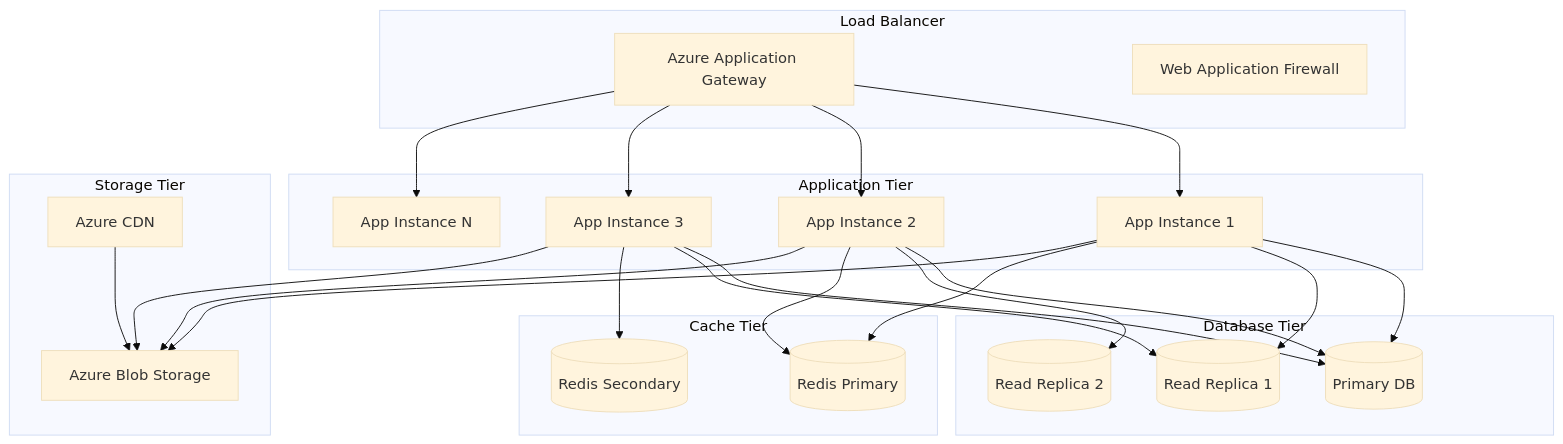
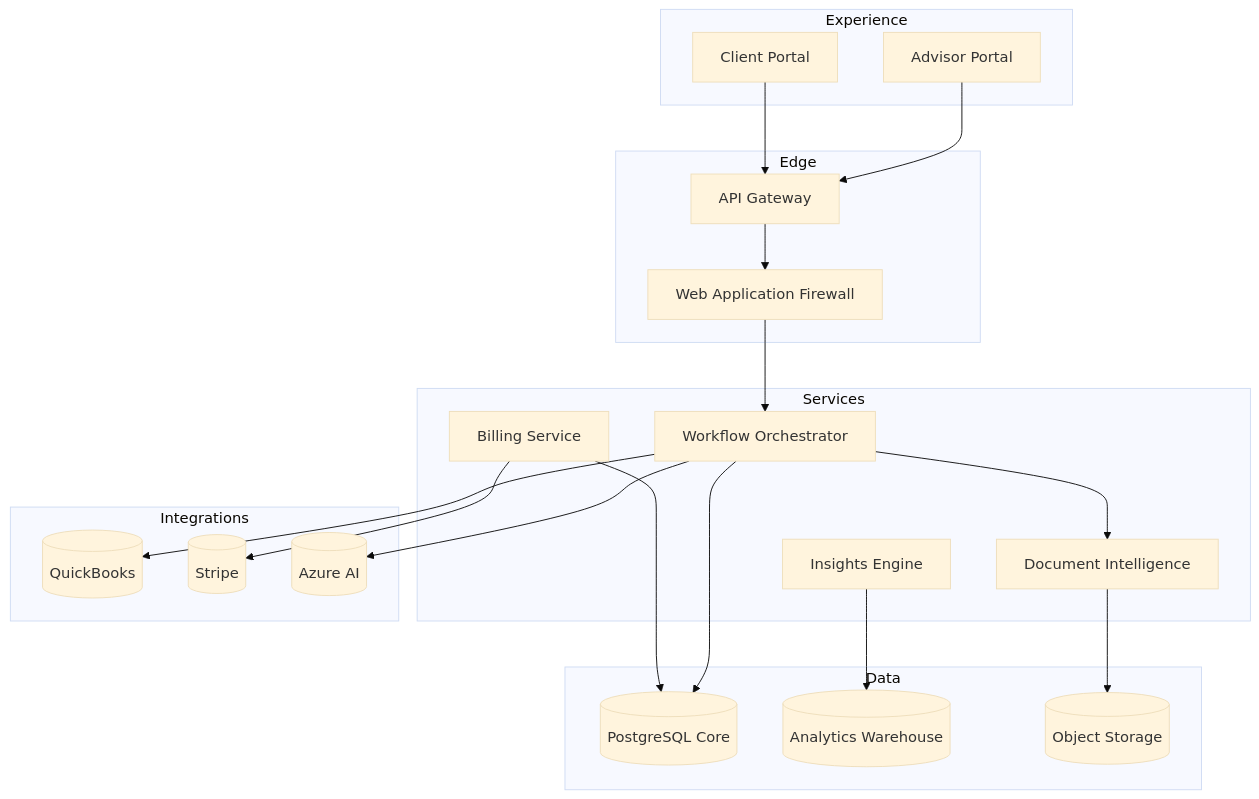
Before and after one commit to markus41/AdvisorOS: the diagram in docs/ARCHITECTURE.md, drawn with Mermaid (base theme). The commit also changed other lines of this file and 5 other files, not shown here.

Commit message:
Refine AdvisorOS core documentation with elevated template

````diff
--- a/docs/ARCHITECTURE.md
+++ b/docs/ARCHITECTURE.md
@@ -1159,50 +51,40 @@
 ```mermaid
-graph TB
-    subgraph "Load Balancer"
-        LB[Azure Application Gateway]
-        WAF[Web Application Firewall]
-    end
+graph TD
+  subgraph Experience
+    Portal[Advisor Portal]
+    ClientApp[Client Portal]
+  end
+  subgraph Edge
+    Gateway[API Gateway]
+    WAF[Web Application Firewall]
+  end
+  subgraph Services
+    Workflow[Workflow Orchestrator]
+    Billing[Billing Service]
+    Docs[Document Intelligence]
+    Insights[Insights Engine]
+  end
+  subgraph Data
+    CoreDB[(PostgreSQL Core)]
+    Analytics[(Analytics Warehouse)]
+    ObjectStore[(Object Storage)]
+  end
+  subgraph Integrations
+    QuickBooks[(QuickBooks)]
+    Stripe[(Stripe)]
+    AzureAI[(Azure AI)]
+  end
 
-    subgraph "Application Tier"
-        APP1[App Instance 1]
-        APP2[App Instance 2]
-        APP3[App Instance 3]
-        APPN[App Instance N]
-    end
-
-    subgraph "Database Tier"
-        PRIMARY[(Primary DB)]
-        REPLICA1[(Read Replica 1)]
-        REPLICA2[(Read Replica 2)]
-    end
-
-    subgraph "Cache Tier"
-        REDIS1[(Redis Primary)]
-        REDIS2[(Redis Secondary)]
-    end
-
-    subgraph "Storage Tier"
-        BLOB[Azure Blob Storage]
-        CDN[Azure CDN]
-    end
-
-    LB --> APP1
-    LB --> APP2
-    LB --> APP3
-    LB --> APPN
-
-    APP1 --> PRIMARY
-    APP1 --> REPLICA1
-    APP1 --> REDIS1
-    APP2 --> PRIMARY
-    APP2 --> REPLICA2
-    APP2 --> REDIS1
-    APP3 --> PRIMARY
-    APP3 --> REPLICA1
-    APP3 --> REDIS2
-
-    APP1 --> BLOB
-    APP2 --> BLOB
-    APP3 --> BLOB
-    CDN --> BLOB
+  Portal --> Gateway
+  ClientApp --> Gateway
+  Gateway --> WAF
+  WAF --> Workflow
+  Workflow --> CoreDB
+  Workflow --> Docs
+  Docs --> ObjectStore
+  Billing --> Stripe
+  Billing --> CoreDB
+  Insights --> Analytics
+  Workflow --> QuickBooks
+  Workflow --> AzureAI
 ```
````
